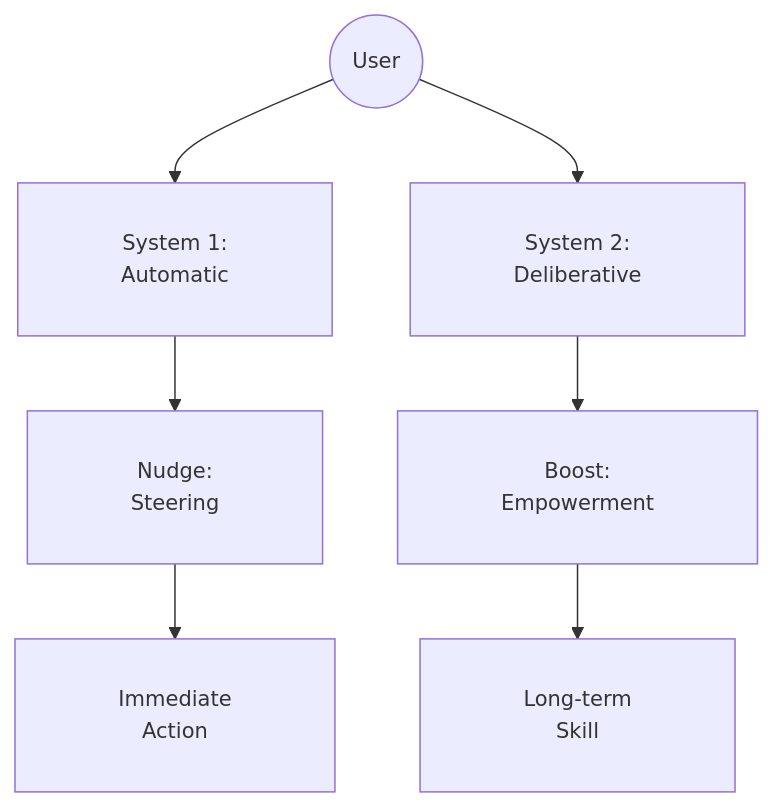
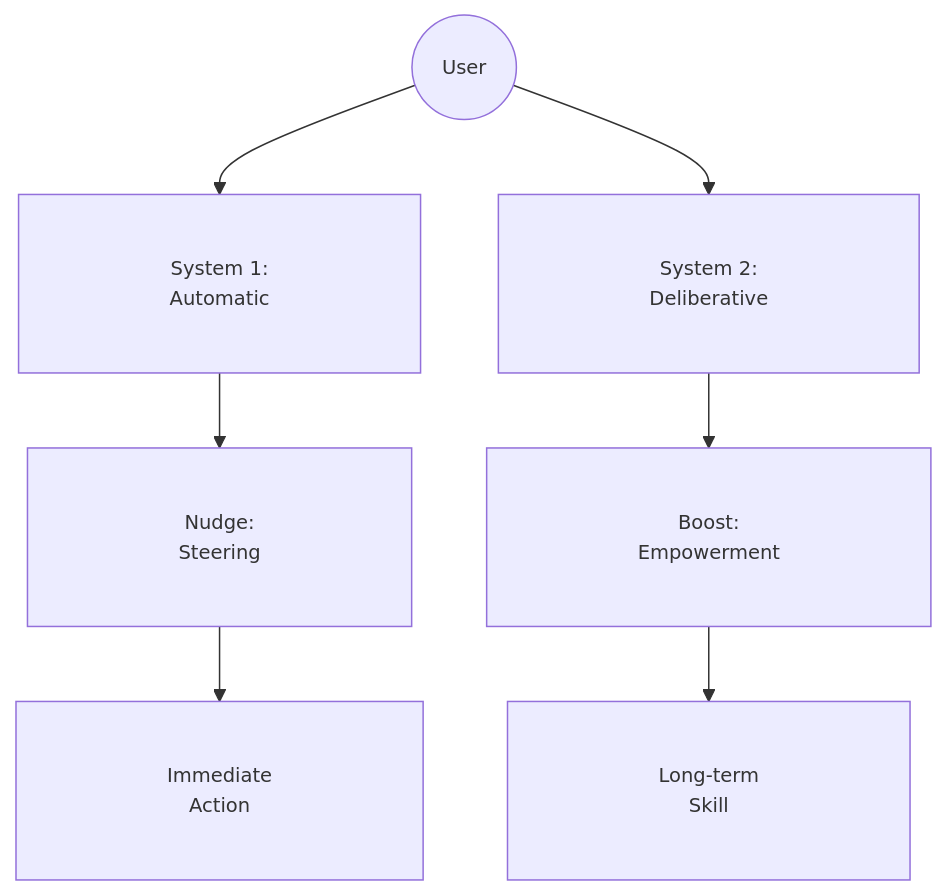
The fourth of 7 diagrams in Communication_Influence/Mastery_Guide_SOW_BS033.md (GM024/CourseSummaries), drawn with Mermaid before and after one commit. The commit also changed other lines of this file, not shown here.

Commit message:
Standardize all diagrams with 13px font, 40px padding, and Quad-Invisible-Padding

````diff
--- a/Communication_Influence/Mastery_Guide_SOW_BS033.md
+++ b/Communication_Influence/Mastery_Guide_SOW_BS033.md
@@ -124,10 +124,10 @@
 ```mermaid
-%%{init: {'flowchart': {'padding': 30}, 'themeVariables': { 'fontSize': '14px' }}}%%
+%%{init: {'flowchart': {'padding': 40}, 'themeVariables': { 'fontSize': '13px' }}}%%
 graph TD
-    User((User)) --> S1["&nbsp; System 1: &nbsp;<br/>&nbsp; Automatic &nbsp;"]
-    User --> S2["&nbsp; System 2: &nbsp;<br/>&nbsp; Deliberative &nbsp;"]
-    S1 --> Nudge["&nbsp; Nudge: &nbsp;<br/>&nbsp; Steering &nbsp;"]
-    S2 --> Boost["&nbsp; Boost: &nbsp;<br/>&nbsp; Empowerment &nbsp;"]
-    Nudge --> Behavior["&nbsp; Immediate &nbsp;<br/>&nbsp; Action &nbsp;"]
-    Boost --> Competence["&nbsp; Long-term &nbsp;<br/>&nbsp; Skill &nbsp;"]
+    User((User)) --> S1["&nbsp;&nbsp;&nbsp;&nbsp; System 1: &nbsp;&nbsp;&nbsp;&nbsp;<br/>&nbsp;&nbsp;&nbsp;&nbsp; Automatic &nbsp;&nbsp;&nbsp;&nbsp;"]
+    User --> S2["&nbsp;&nbsp;&nbsp;&nbsp; System 2: &nbsp;&nbsp;&nbsp;&nbsp;<br/>&nbsp;&nbsp;&nbsp;&nbsp; Deliberative &nbsp;&nbsp;&nbsp;&nbsp;"]
+    S1 --> Nudge["&nbsp;&nbsp;&nbsp;&nbsp; Nudge: &nbsp;&nbsp;&nbsp;&nbsp;<br/>&nbsp;&nbsp;&nbsp;&nbsp; Steering &nbsp;&nbsp;&nbsp;&nbsp;"]
+    S2 --> Boost["&nbsp;&nbsp;&nbsp;&nbsp; Boost: &nbsp;&nbsp;&nbsp;&nbsp;<br/>&nbsp;&nbsp;&nbsp;&nbsp; Empowerment &nbsp;&nbsp;&nbsp;&nbsp;"]
+    Nudge --> Behavior["&nbsp;&nbsp;&nbsp;&nbsp; Immediate &nbsp;&nbsp;&nbsp;&nbsp;<br/>&nbsp;&nbsp;&nbsp;&nbsp; Action &nbsp;&nbsp;&nbsp;&nbsp;"]
+    Boost --> Competence["&nbsp;&nbsp;&nbsp;&nbsp; Long-term &nbsp;&nbsp;&nbsp;&nbsp;<br/>&nbsp;&nbsp;&nbsp;&nbsp; Skill &nbsp;&nbsp;&nbsp;&nbsp;"]
 ```
````
